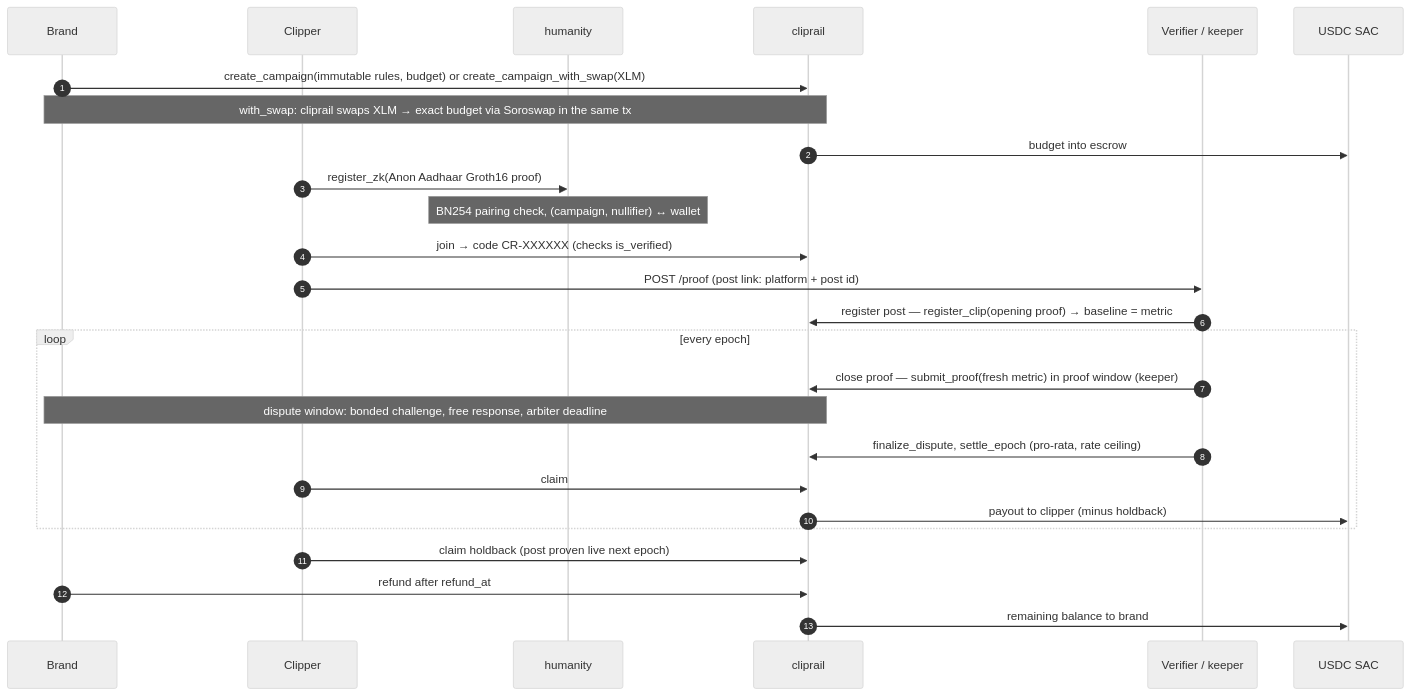
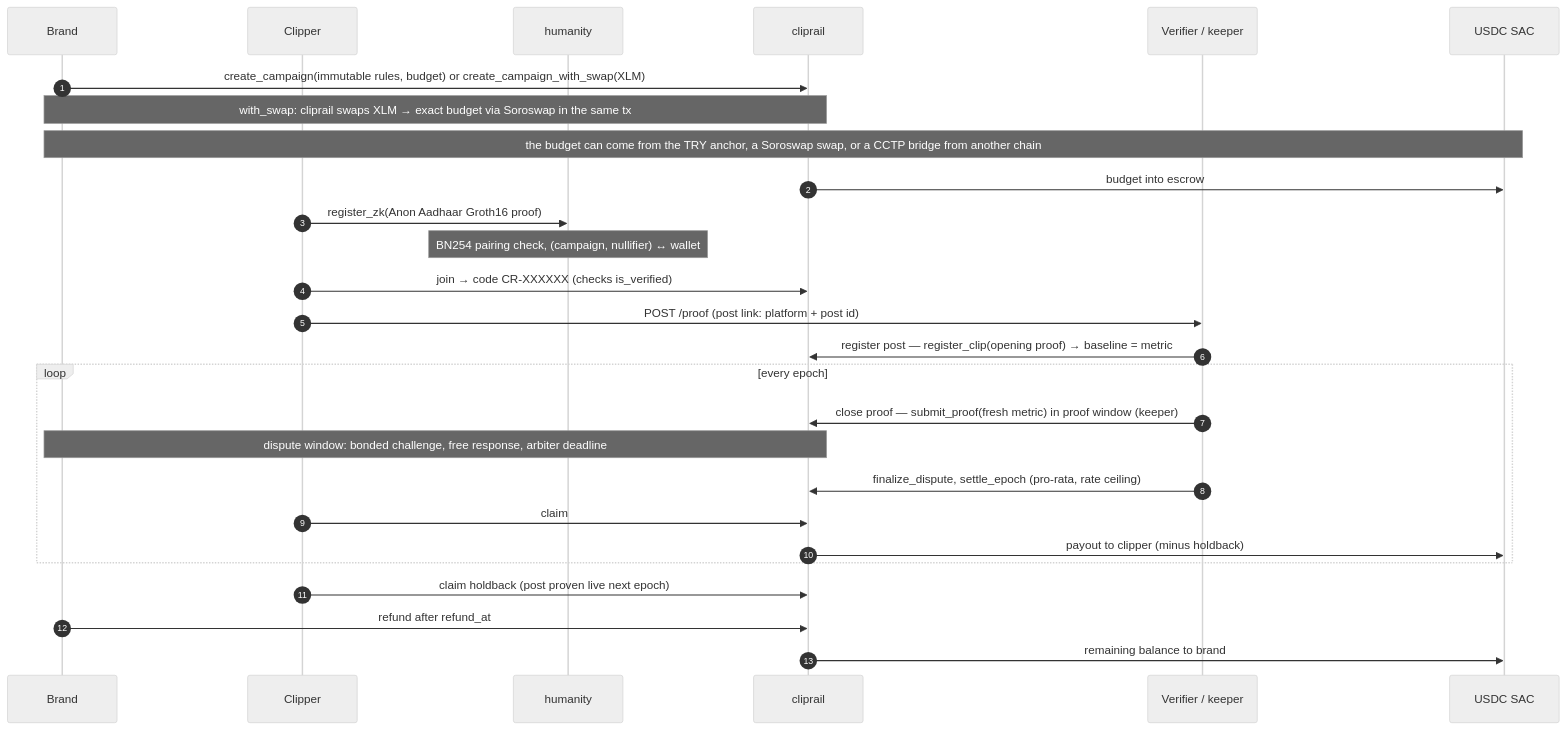
The second of 2 diagrams in README.md (KayaKerem/cashtag-stellar), drawn with Mermaid (neutral theme) before and after one commit. The commit also changed other lines of this file, not shown here.

Commit message:
docs(readme): CCTP cross-chain funding, three funding routes in architecture

````diff
--- a/README.md
+++ b/README.md
@@ -221,29 +271,30 @@
 ```mermaid
 sequenceDiagram
   autonumber
   participant B as Brand
   participant C as Clipper
   participant H as humanity
   participant CR as cliprail
   participant V as Verifier / keeper
   participant T as USDC SAC
 
   B->>CR: create_campaign(immutable rules, budget) or create_campaign_with_swap(XLM)
   Note over B,CR: with_swap: cliprail swaps XLM → exact budget via Soroswap in the same tx
+  Note over B,T: the budget can come from the TRY anchor, a Soroswap swap, or a CCTP bridge from another chain
   CR->>T: budget into escrow
   C->>H: register_zk(Anon Aadhaar Groth16 proof)
   Note over H: BN254 pairing check, (campaign, nullifier) ↔ wallet
   C->>CR: join → code CR-XXXXXX (checks is_verified)
   C->>V: POST /proof (post link: platform + post id)
   V->>CR: register post — register_clip(opening proof) → baseline = metric
   loop every epoch
     V->>CR: close proof — submit_proof(fresh metric) in proof window (keeper)
     Note over B,CR: dispute window: bonded challenge, free response, arbiter deadline
     V->>CR: finalize_dispute, settle_epoch (pro-rata, rate ceiling)
     C->>CR: claim
     CR->>T: payout to clipper (minus holdback)
   end
   C->>CR: claim holdback (post proven live next epoch)
   B->>CR: refund after refund_at
   CR->>T: remaining balance to brand
 ```
````
